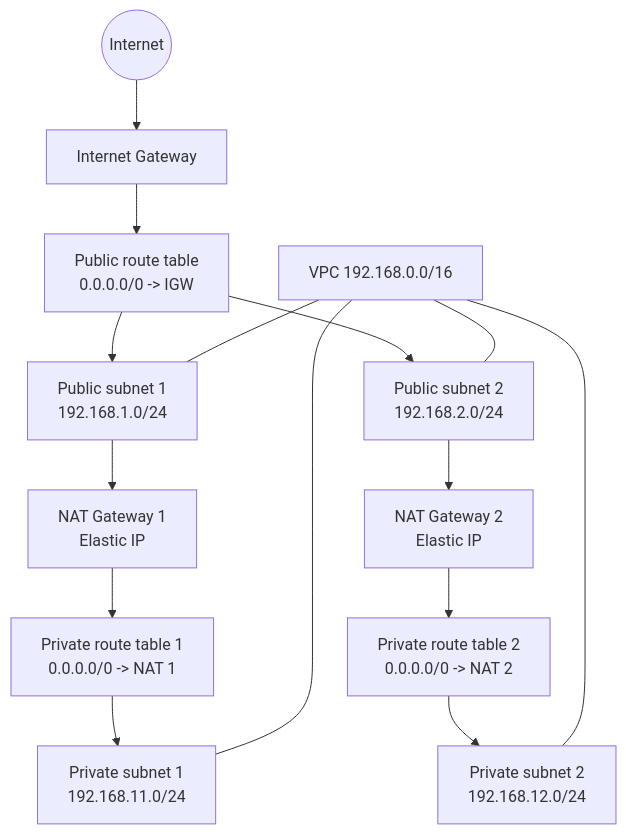
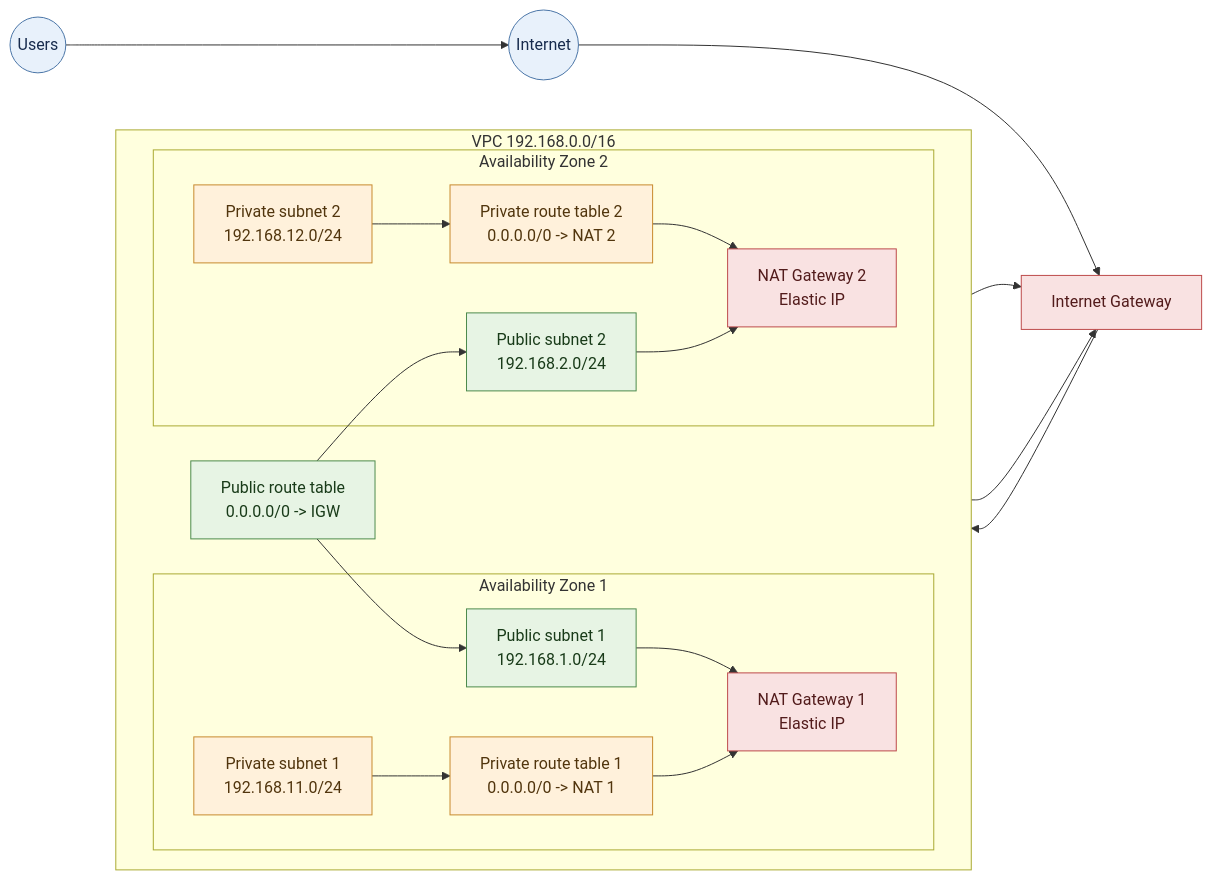
The diagram in terraform/README.md (prasadrunjeet/aws-learning-hub), drawn with Mermaid before and after one commit.

Commit message:
Diagram is updated

````diff
--- a/terraform/README.md
+++ b/terraform/README.md
@@ -23,24 +23,48 @@
 ```mermaid
-flowchart TB
-	Internet((Internet))
-	IGW[Internet Gateway]
-	VPC[VPC 192.168.0.0/16]
+flowchart LR
+	users((Users))
+	internet((Internet))
+	igw[Internet Gateway]
 
-	Internet --> IGW
-	IGW --> PublicRT[Public route table\n0.0.0.0/0 -> IGW]
-	PublicRT --> Public1[Public subnet 1\n192.168.1.0/24]
-	PublicRT --> Public2[Public subnet 2\n192.168.2.0/24]
+	subgraph vpc["VPC 192.168.0.0/16"]
+		direction LR
 
-	Public1 --> NAT1[NAT Gateway 1\nElastic IP]
-	Public2 --> NAT2[NAT Gateway 2\nElastic IP]
+		subgraph az1["Availability Zone 1"]
+			public1["Public subnet 1<br/>192.168.1.0/24"]
+			nat1["NAT Gateway 1<br/>Elastic IP"]
+			private1["Private subnet 1<br/>192.168.11.0/24"]
+			privateRoute1["Private route table 1<br/>0.0.0.0/0 -> NAT 1"]
 
-	NAT1 --> PrivateRT1[Private route table 1\n0.0.0.0/0 -> NAT 1]
-	NAT2 --> PrivateRT2[Private route table 2\n0.0.0.0/0 -> NAT 2]
-	PrivateRT1 --> Private1[Private subnet 1\n192.168.11.0/24]
-	PrivateRT2 --> Private2[Private subnet 2\n192.168.12.0/24]
+			public1 --> nat1
+			private1 --> privateRoute1 --> nat1
+		end
 
-	VPC --- Public1
-	VPC --- Public2
-	VPC --- Private1
-	VPC --- Private2
+		subgraph az2["Availability Zone 2"]
+			public2["Public subnet 2<br/>192.168.2.0/24"]
+			nat2["NAT Gateway 2<br/>Elastic IP"]
+			private2["Private subnet 2<br/>192.168.12.0/24"]
+			privateRoute2["Private route table 2<br/>0.0.0.0/0 -> NAT 2"]
+
+			public2 --> nat2
+			private2 --> privateRoute2 --> nat2
+		end
+
+		publicRoute["Public route table<br/>0.0.0.0/0 -> IGW"]
+		publicRoute --> public1
+		publicRoute --> public2
+	end
+
+	users --> internet --> igw --> publicRoute
+	nat1 --> igw
+	nat2 --> igw
+
+	classDef edge fill:#e8f1fb,stroke:#4b76a8,color:#172b4d
+	classDef public fill:#e7f4e4,stroke:#4d8b4d,color:#193b19
+	classDef private fill:#fff1db,stroke:#c88a2e,color:#51350d
+	classDef gateway fill:#f9e2e2,stroke:#bd4b4b,color:#521b1b
+
+	class users,internet edge
+	class public1,public2,publicRoute public
+	class private1,private2,privateRoute1,privateRoute2 private
+	class igw,nat1,nat2 gateway
 ```
````
